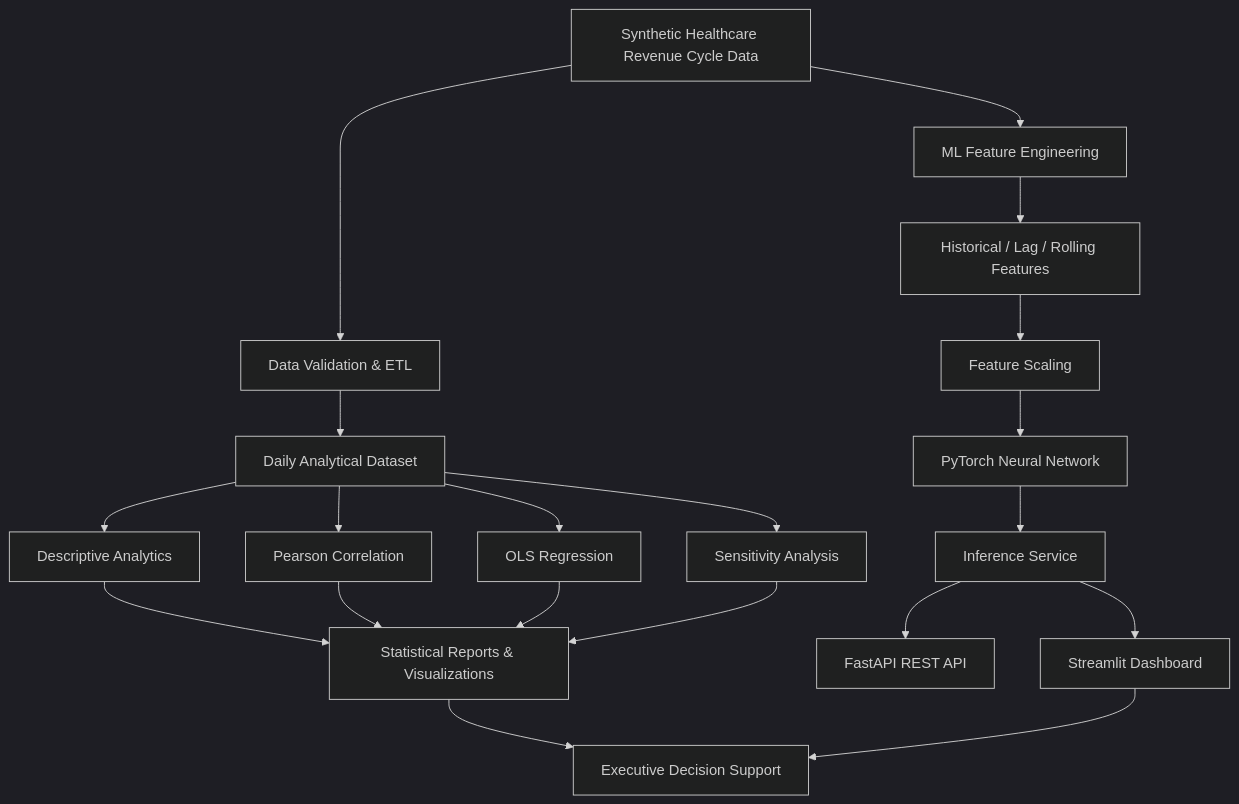
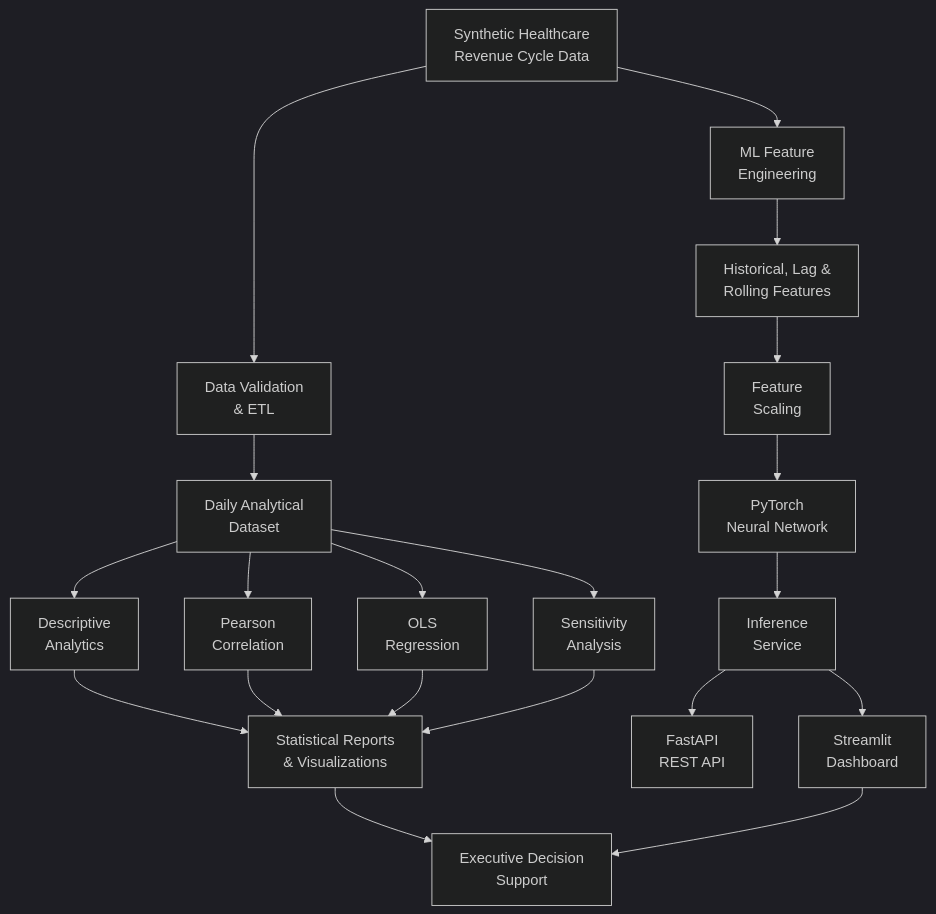
One commit to AnthonySotoData/RCO-AI changed the first of 3 diagrams in README.md. Above: the diagram before and after it, drawn with Mermaid (dark theme). The commit also changed other lines of this file, not shown here.

Commit message:
Improve README architecture and pipeline diagrams

````diff
--- a/README.md
+++ b/README.md
@@ -116,30 +116,31 @@
 ```mermaid
 flowchart TD
 
-A[Synthetic Healthcare Revenue Cycle Data]
+A["Synthetic Healthcare<br/>Revenue Cycle Data"]
 
-A --> B[Data Validation & ETL]
-A --> C[ML Feature Engineering]
+A --> B["Data Validation<br/>& ETL"]
+A --> C["ML Feature<br/>Engineering"]
 
-B --> D[Daily Analytical Dataset]
-D --> E[Descriptive Analytics]
-D --> F[Pearson Correlation]
-D --> G[OLS Regression]
-D --> H[Sensitivity Analysis]
+B --> D["Daily Analytical<br/>Dataset"]
 
-E --> I[Statistical Reports & Visualizations]
+D --> E["Descriptive<br/>Analytics"]
+D --> F["Pearson<br/>Correlation"]
+D --> G["OLS<br/>Regression"]
+D --> H["Sensitivity<br/>Analysis"]
+
+E --> I["Statistical Reports<br/>& Visualizations"]
 F --> I
 G --> I
 H --> I
 
-C --> J[Historical / Lag / Rolling Features]
-J --> K[Feature Scaling]
-K --> L[PyTorch Neural Network]
-L --> M[Inference Service]
+C --> J["Historical, Lag &<br/>Rolling Features"]
+J --> K["Feature<br/>Scaling"]
+K --> L["PyTorch<br/>Neural Network"]
+L --> M["Inference<br/>Service"]
 
-M --> N[FastAPI REST API]
-M --> O[Streamlit Dashboard]
+M --> N["FastAPI<br/>REST API"]
+M --> O["Streamlit<br/>Dashboard"]
 
-I --> P[Executive Decision Support]
+I --> P["Executive Decision<br/>Support"]
 O --> P
 ```
````
